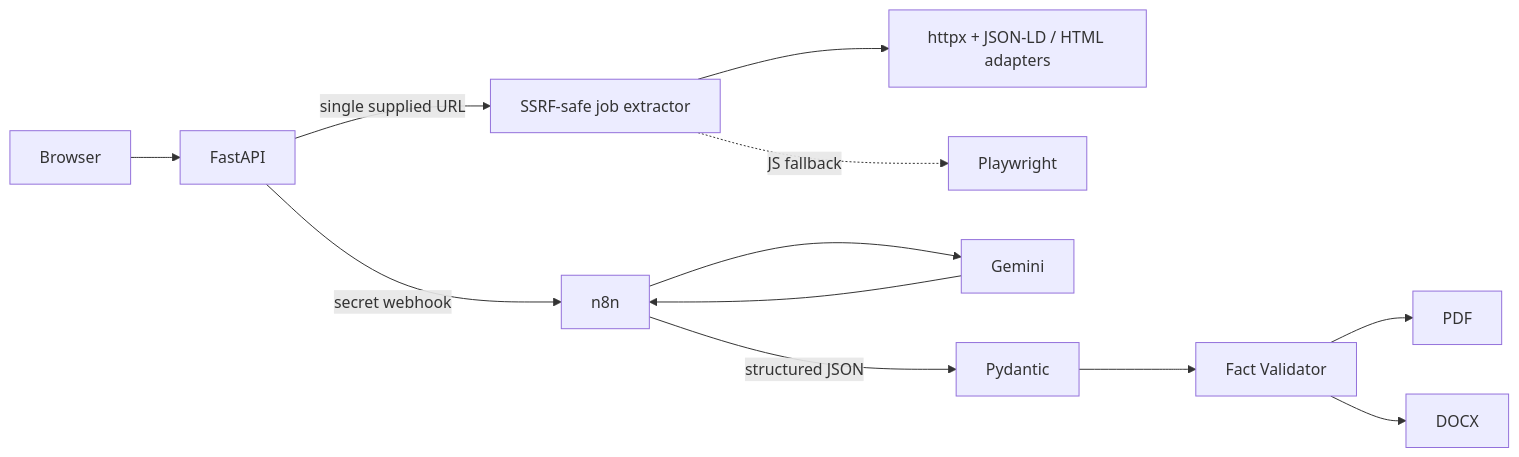
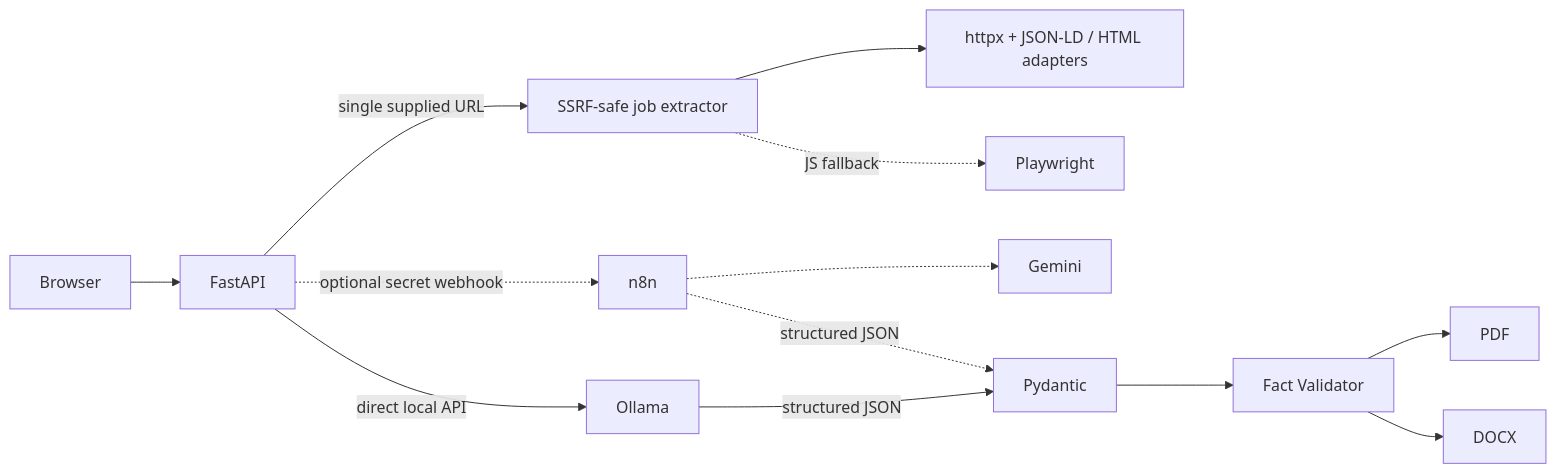
One commit to Rafalbanas/ai-resume-tailoring-platform changed the diagram in README.md. Above: the diagram before and after it, drawn with Mermaid. The commit also changed other lines of this file and 14 other files, not shown here.

Commit message:
feat: add direct Ollama resume tailoring provider

````diff
--- a/README.md
+++ b/README.md
@@ -21,14 +21,15 @@
 ```mermaid
 flowchart LR
     Browser --> FastAPI
     FastAPI -->|single supplied URL| Extractor[SSRF-safe job extractor]
     Extractor --> HTTPX[httpx + JSON-LD / HTML adapters]
     Extractor -. JS fallback .-> PW[Playwright]
-    FastAPI -->|secret webhook| n8n
-    n8n --> Gemini
-    Gemini --> n8n
-    n8n -->|structured JSON| Pydantic
+    FastAPI -->|direct local API| Ollama
+    FastAPI -. optional secret webhook .-> n8n
+    n8n -.-> Gemini
+    Ollama -->|structured JSON| Pydantic
+    n8n -. structured JSON .-> Pydantic
     Pydantic --> Validator[Fact Validator]
     Validator --> PDF
     Validator --> DOCX
 ```
````
